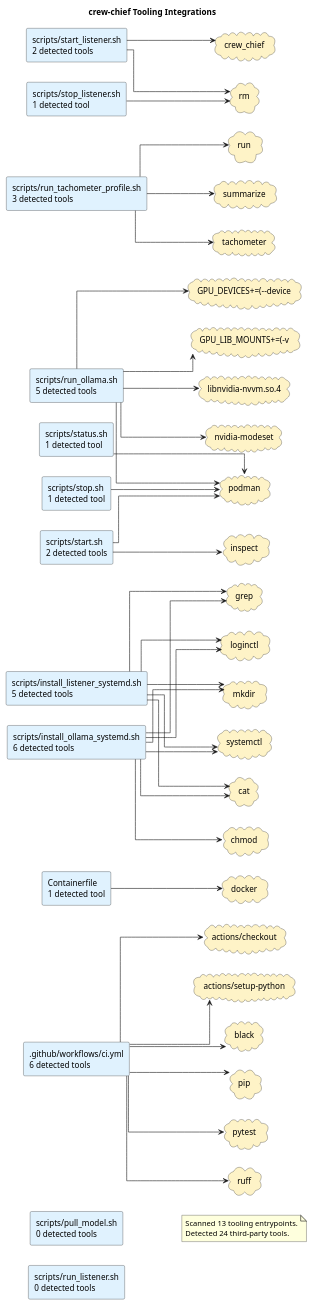
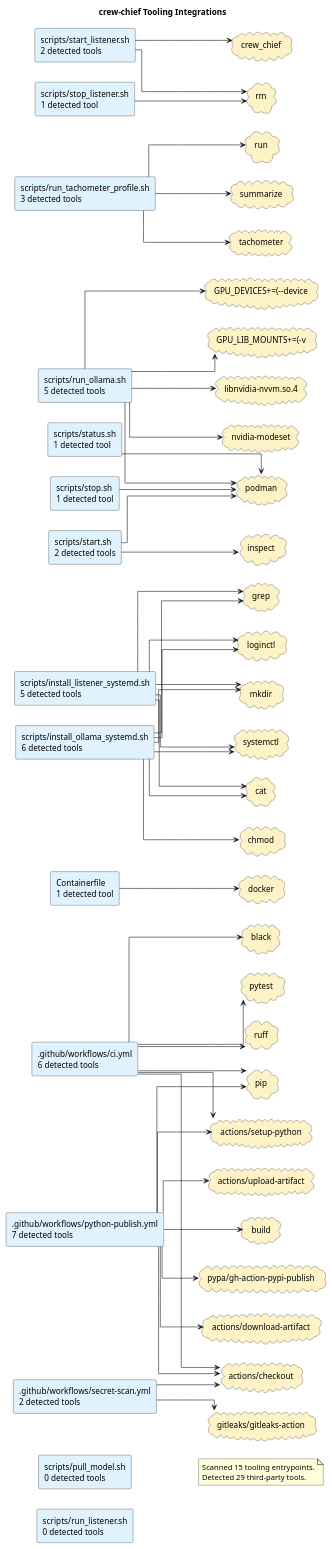
One commit to casonk/crew-chief changed the diagram in docs/diagrams/tooling-integrations.puml. Above: the diagram before and after it, drawn with PlantUML. The commit also changed 5 other files, not shown here.

First line of the commit message:
docs: refresh diagrams; ci: exclude baseline from workspace-path scan

```diff
--- a/docs/diagrams/tooling-integrations.puml
+++ b/docs/diagrams/tooling-integrations.puml
@@ -1,82 +1,98 @@
 @startuml
 title crew-chief Tooling Integrations
 left to right direction
 skinparam shadowing false
 skinparam defaultFontName Monospace
 skinparam componentStyle rectangle
 skinparam linetype ortho
 rectangle ".github/workflows/ci.yml\n6 detected tools" as source_github_workflows_ci_yml #E0F2FE
+rectangle ".github/workflows/python-publish.yml\n7 detected tools" as source_github_workflows_python_publish_yml #E0F2FE
+rectangle ".github/workflows/secret-scan.yml\n2 detected tools" as source_github_workflows_secret_scan_yml #E0F2FE
 rectangle "Containerfile\n1 detected tool" as source_containerfile #E0F2FE
 rectangle "scripts/install_listener_systemd.sh\n5 detected tools" as source_scripts_install_listener_systemd_sh #E0F2FE
 rectangle "scripts/install_ollama_systemd.sh\n6 detected tools" as source_scripts_install_ollama_systemd_sh #E0F2FE
 rectangle "scripts/pull_model.sh\n0 detected tools" as source_scripts_pull_model_sh #E0F2FE
 rectangle "scripts/run_listener.sh\n0 detected tools" as source_scripts_run_listener_sh #E0F2FE
 rectangle "scripts/run_ollama.sh\n5 detected tools" as source_scripts_run_ollama_sh #E0F2FE
 rectangle "scripts/run_tachometer_profile.sh\n3 detected tools" as source_scripts_run_tachometer_profile_sh #E0F2FE
 rectangle "scripts/start.sh\n2 detected tools" as source_scripts_start_sh #E0F2FE
 rectangle "scripts/start_listener.sh\n2 detected tools" as source_scripts_start_listener_sh #E0F2FE
 rectangle "scripts/status.sh\n1 detected tool" as source_scripts_status_sh #E0F2FE
 rectangle "scripts/stop.sh\n1 detected tool" as source_scripts_stop_sh #E0F2FE
 rectangle "scripts/stop_listener.sh\n1 detected tool" as source_scripts_stop_listener_sh #E0F2FE
 cloud "GPU_DEVICES+=(--device" as tool_gpu_devices_device #FEF3C7
 cloud "GPU_LIB_MOUNTS+=(-v" as tool_gpu_lib_mounts_v #FEF3C7
 cloud "actions/checkout" as tool_actions_checkout #FEF3C7
+cloud "actions/download-artifact" as tool_actions_download_artifact #FEF3C7
 cloud "actions/setup-python" as tool_actions_setup_python #FEF3C7
+cloud "actions/upload-artifact" as tool_actions_upload_artifact #FEF3C7
 cloud "black" as tool_black #FEF3C7
+cloud "build" as tool_build #FEF3C7
 cloud "cat" as tool_cat #FEF3C7
 cloud "chmod" as tool_chmod #FEF3C7
 cloud "crew_chief" as tool_crew_chief #FEF3C7
 cloud "docker" as tool_docker #FEF3C7
+cloud "gitleaks/gitleaks-action" as tool_gitleaks_gitleaks_action #FEF3C7
 cloud "grep" as tool_grep #FEF3C7
 cloud "inspect" as tool_inspect #FEF3C7
 cloud "libnvidia-nvvm.so.4" as tool_libnvidia_nvvm_so_4 #FEF3C7
 cloud "loginctl" as tool_loginctl #FEF3C7
 cloud "mkdir" as tool_mkdir #FEF3C7
 cloud "nvidia-modeset" as tool_nvidia_modeset #FEF3C7
 cloud "pip" as tool_pip #FEF3C7
 cloud "podman" as tool_podman #FEF3C7
+cloud "pypa/gh-action-pypi-publish" as tool_pypa_gh_action_pypi_publish #FEF3C7
 cloud "pytest" as tool_pytest #FEF3C7
 cloud "rm" as tool_rm #FEF3C7
 cloud "ruff" as tool_ruff #FEF3C7
 cloud "run" as tool_run #FEF3C7
 cloud "summarize" as tool_summarize #FEF3C7
 cloud "systemctl" as tool_systemctl #FEF3C7
 cloud "tachometer" as tool_tachometer #FEF3C7
 source_github_workflows_ci_yml --> tool_actions_checkout
 source_github_workflows_ci_yml --> tool_actions_setup_python
 source_github_workflows_ci_yml --> tool_black
 source_github_workflows_ci_yml --> tool_pip
 source_github_workflows_ci_yml --> tool_pytest
 source_github_workflows_ci_yml --> tool_ruff
+source_github_workflows_python_publish_yml --> tool_actions_checkout
+source_github_workflows_python_publish_yml --> tool_actions_download_artifact
+source_github_workflows_python_publish_yml --> tool_actions_setup_python
+source_github_workflows_python_publish_yml --> tool_actions_upload_artifact
+source_github_workflows_python_publish_yml --> tool_build
+source_github_workflows_python_publish_yml --> tool_pip
+source_github_workflows_python_publish_yml --> tool_pypa_gh_action_pypi_publish
+source_github_workflows_secret_scan_yml --> tool_actions_checkout
+source_github_workflows_secret_scan_yml --> tool_gitleaks_gitleaks_action
 source_containerfile --> tool_docker
 source_scripts_install_listener_systemd_sh --> tool_cat
 source_scripts_install_listener_systemd_sh --> tool_grep
 source_scripts_install_listener_systemd_sh --> tool_loginctl
 source_scripts_install_listener_systemd_sh --> tool_mkdir
 source_scripts_install_listener_systemd_sh --> tool_systemctl
 source_scripts_install_ollama_systemd_sh --> tool_cat
 source_scripts_install_ollama_systemd_sh --> tool_chmod
 source_scripts_install_ollama_systemd_sh --> tool_grep
 source_scripts_install_ollama_systemd_sh --> tool_loginctl
 source_scripts_install_ollama_systemd_sh --> tool_mkdir
 source_scripts_install_ollama_systemd_sh --> tool_systemctl
 source_scripts_run_ollama_sh --> tool_gpu_devices_device
 source_scripts_run_ollama_sh --> tool_gpu_lib_mounts_v
 source_scripts_run_ollama_sh --> tool_libnvidia_nvvm_so_4
 source_scripts_run_ollama_sh --> tool_nvidia_modeset
 source_scripts_run_ollama_sh --> tool_podman
 source_scripts_run_tachometer_profile_sh --> tool_run
 source_scripts_run_tachometer_profile_sh --> tool_summarize
 source_scripts_run_tachometer_profile_sh --> tool_tachometer
 source_scripts_start_sh --> tool_inspect
 source_scripts_start_sh --> tool_podman
 source_scripts_start_listener_sh --> tool_crew_chief
 source_scripts_start_listener_sh --> tool_rm
 source_scripts_status_sh --> tool_podman
 source_scripts_stop_sh --> tool_podman
 source_scripts_stop_listener_sh --> tool_rm
 note as toolingGraphSummary
-Scanned 13 tooling entrypoints.
-Detected 24 third-party tools.
+Scanned 15 tooling entrypoints.
+Detected 29 third-party tools.
 end note
 @enduml
```
